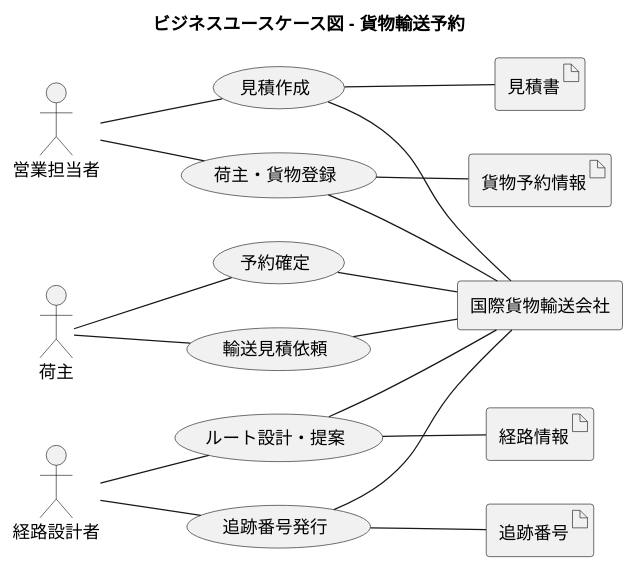
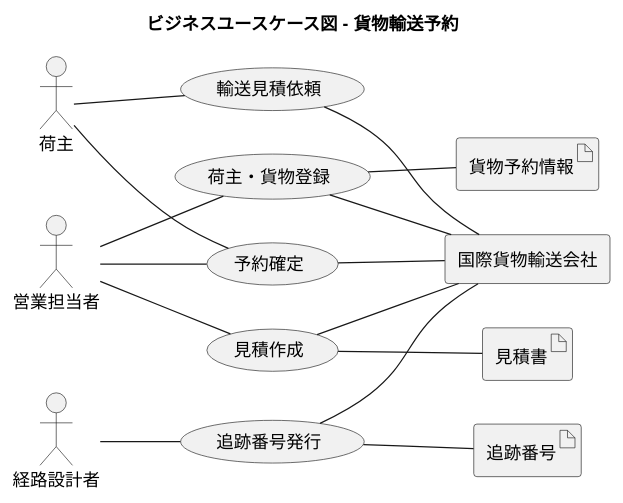
The fourth of 21 diagrams in docs/requirements/requirements_definition.md (k2works/case-study-cargo-tracker), drawn with PlantUML before and after one commit. The commit also changed other lines of this file and 3 other files, not shown here.

````diff
--- a/docs/requirements/requirements_definition.md
+++ b/docs/requirements/requirements_definition.md
@@ -212,48 +213,44 @@
 ```plantuml
 @startuml
 
 title ビジネスユースケース図 - 貨物輸送予約
 
 left to right direction
 
 actor 荷主
 actor 営業担当者
 actor 経路設計者
 
 agent 国際貨物輸送会社
 
 usecase "輸送見積依頼" as BUC01
 usecase "見積作成" as BUC02
 usecase "荷主・貨物登録" as BUC03
-usecase "ルート設計・提案" as BUC04
-usecase "予約確定" as BUC05
-usecase "追跡番号発行" as BUC06
+usecase "予約確定" as BUC04
+usecase "追跡番号発行" as BUC05
 
 artifact "見積書" as af_01
 artifact "貨物予約情報" as af_02
-artifact "経路情報" as af_03
-artifact "追跡番号" as af_04
+artifact "追跡番号" as af_03
 
 :荷主: -- (BUC01)
-:荷主: -- (BUC05)
+:荷主: -- (BUC04)
 
 :営業担当者: -- (BUC02)
 :営業担当者: -- (BUC03)
+:営業担当者: -- (BUC04)
 
-:経路設計者: -- (BUC04)
-:経路設計者: -- (BUC06)
+:経路設計者: -- (BUC05)
 
 (BUC01) -- 国際貨物輸送会社
 (BUC02) -- 国際貨物輸送会社
 (BUC03) -- 国際貨物輸送会社
 (BUC04) -- 国際貨物輸送会社
 (BUC05) -- 国際貨物輸送会社
-(BUC06) -- 国際貨物輸送会社
 
 (BUC02) -- af_01
 (BUC03) -- af_02
-(BUC04) -- af_03
-(BUC06) -- af_04
+(BUC05) -- af_03
 
 @enduml
 ```
````
